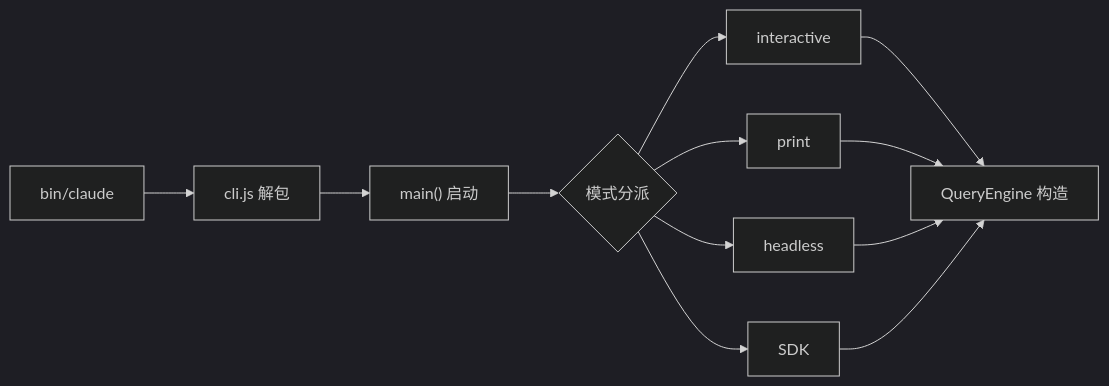
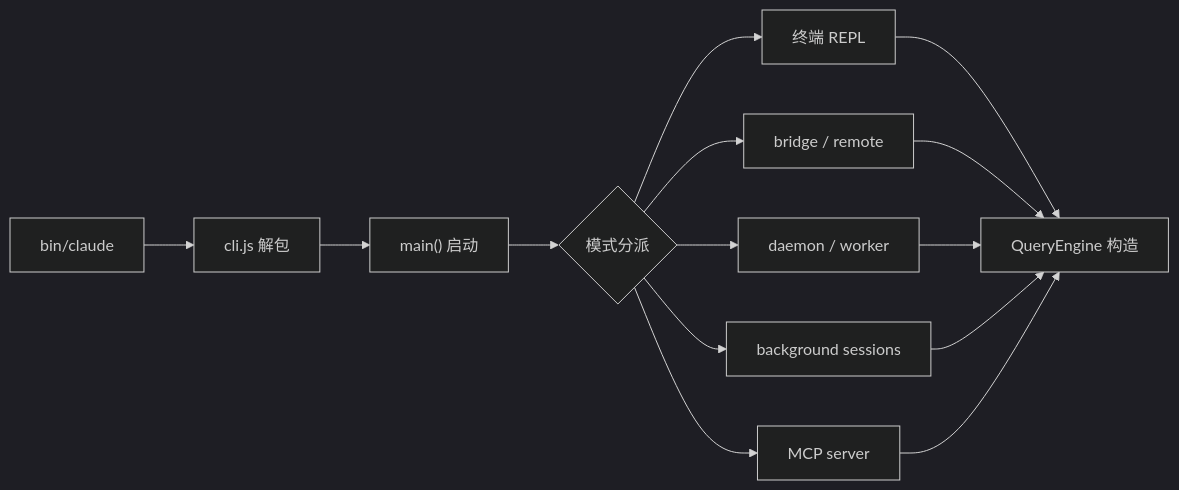
Before and after one commit to betaHi/betaHi.github.io: the diagram in claude-code-architecture/01-entrypoints-and-startup.md, drawn with Mermaid (dark theme). The commit also changed 3 other files, not shown here.

First line of the commit message:
Audit all mermaid diagrams for source fidelity

````diff
--- a/claude-code-architecture/01-entrypoints-and-startup.md
+++ b/claude-code-architecture/01-entrypoints-and-startup.md
@@ -31,14 +31,16 @@
 ```mermaid
 flowchart LR
     A["bin/claude"] --> B["cli.js 解包"]
     B --> C["main() 启动"]
     C --> D{"模式分派"}
-    D --> E["interactive"]
-    D --> F["print"]
-    D --> G["headless"]
-    D --> H["SDK"]
+    D --> E["终端 REPL"]
+    D --> F["bridge / remote"]
+    D --> G["daemon / worker"]
+    D --> H["background sessions"]
+    D --> J["MCP server"]
     E --> I["QueryEngine 构造"]
     F --> I
     G --> I
     H --> I
+    J --> I
 ```
````
